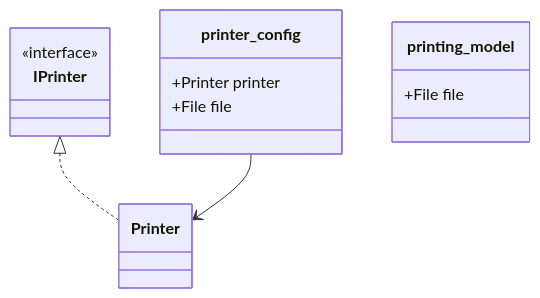
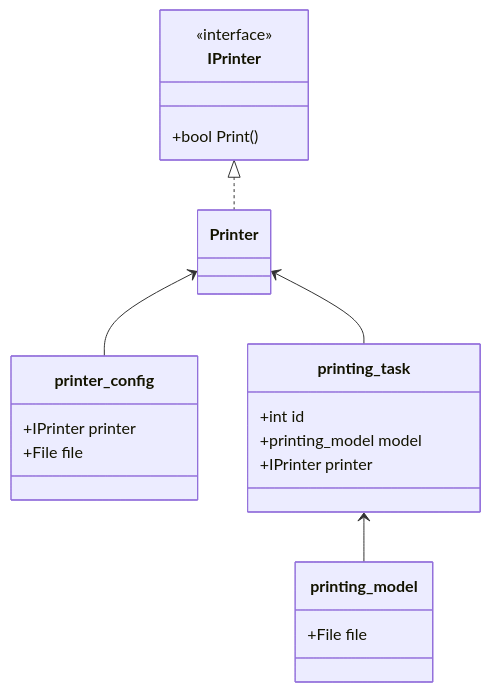
One commit to print-assistant-org/print-assistant-org.github.io changed the diagram in schemas.md. Above: the diagram before and after it, drawn with Mermaid.

Commit message:
Add class diagram

````diff
--- a/schemas.md
+++ b/schemas.md
@@ -6,20 +6,29 @@
 ```mermaid
 classDiagram
     class IPrinter{
         <<interface>>
+        +bool Print()
     }
 
     class Printer{
     }
     IPrinter <|..  Printer
 
     class printer_config{
-        +Printer printer
+        +IPrinter printer
         +File file
     }
-    printer_config --> Printer
+    Printer <-- printer_config 
 
+    class printing_task{
+        +int id
+        +printing_model model
+        +IPrinter printer
+    }
+    Printer <-- printing_task
+    printing_task <-- printing_model
+    
     class printing_model{
         +File file
     }
 ```
````
